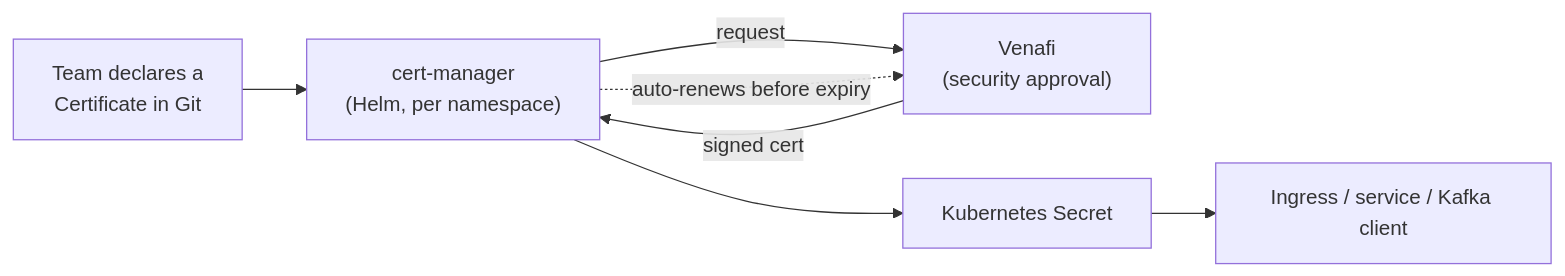
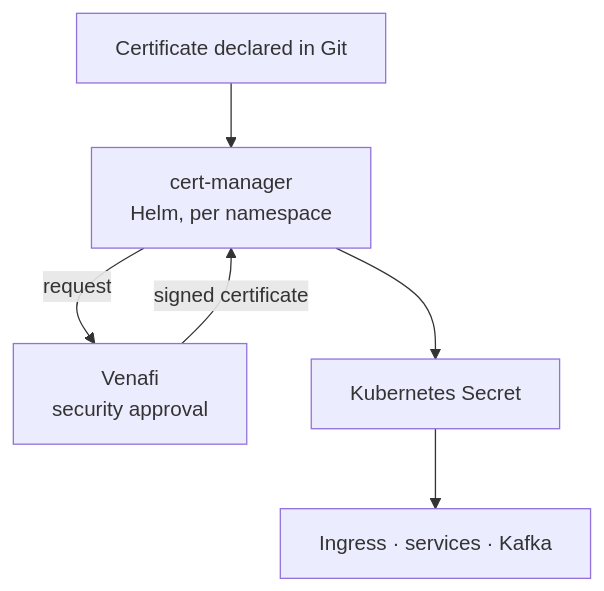
The first of 3 diagrams in README.md (chanupen/chanupen), drawn with Mermaid before and after one commit. The commit also changed other lines of this file and 2 other files, not shown here.

````diff
--- a/README.md
+++ b/README.md
@@ -65,9 +56,8 @@
 ```mermaid
-flowchart LR
-    A["Team declares a<br/>Certificate in Git"] --> B["cert-manager<br/>(Helm, per namespace)"]
-    B -->|request| C["Venafi<br/>(security approval)"]
-    C -->|signed cert| B
+flowchart TB
+    A["Certificate declared in Git"] --> B["cert-manager<br/>Helm, per namespace"]
+    B -->|request| C["Venafi<br/>security approval"]
+    C -->|signed certificate| B
     B --> D["Kubernetes Secret"]
-    D --> E["Ingress / service / Kafka client"]
-    B -.->|auto-renews before expiry| C
+    D --> E["Ingress · services · Kafka"]
 ```
````
